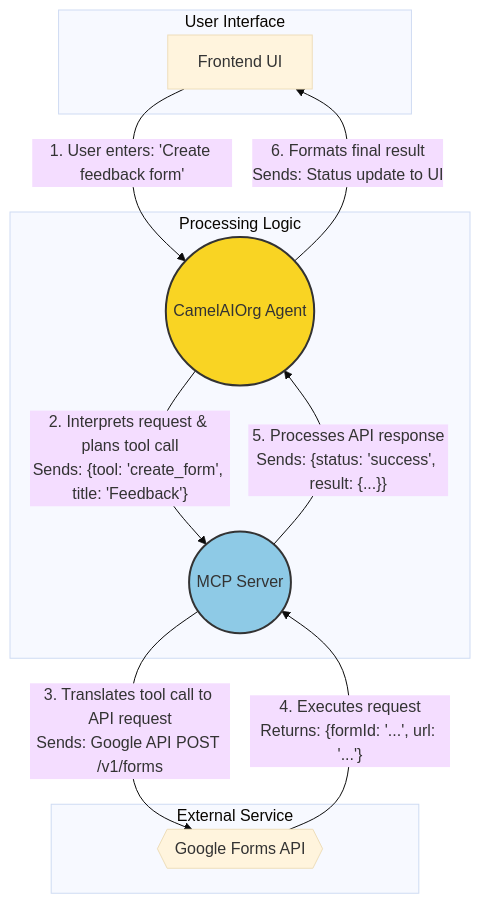
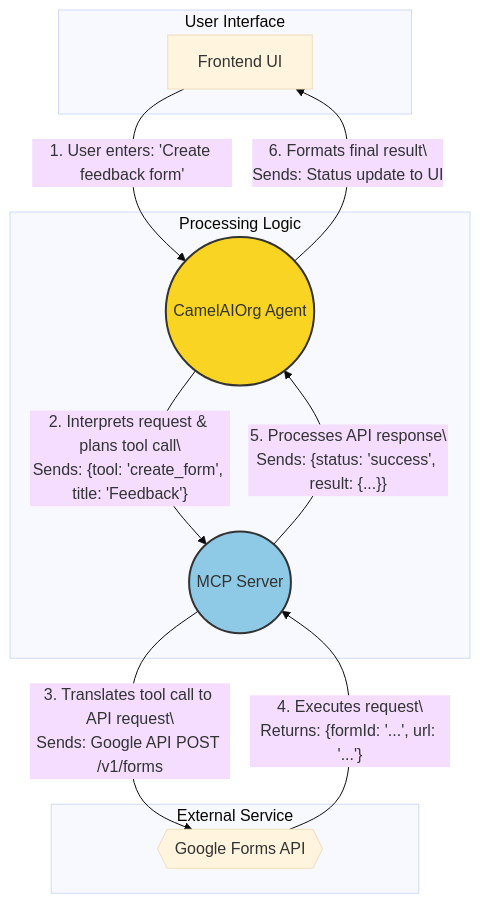
One commit to adarshp14/google-form-mcp-server changed the diagram in README.md. Above: the diagram before and after it, drawn with Mermaid (base theme).

Commit message:
Fixed markdown

````diff
--- a/README.md
+++ b/README.md
@@ -39,25 +39,25 @@
 ```mermaid
 graph TD
     subgraph "User Interface"
         A[Frontend UI]
     end
 
     subgraph "Processing Logic"
         B((CamelAIOrg Agent))
         C((MCP Server))
     end
 
     subgraph "External Service"
         D{{Google Forms API}}
     end
 
     A -- "1. User enters: 'Create feedback form'" --> B;
-    B -- "2. Interprets request & plans tool call\nSends: {tool: 'create_form', title: 'Feedback'}" --> C;
-    C -- "3. Translates tool call to API request\nSends: Google API POST /v1/forms" --> D;
-    D -- "4. Executes request\nReturns: {formId: '...', url: '...'}" --> C;
-    C -- "5. Processes API response\nSends: {status: 'success', result: {...}}" --> B;
-    B -- "6. Formats final result\nSends: Status update to UI" --> A;
+    B -- "2. Interprets request & plans tool call\\nSends: {tool: 'create_form', title: 'Feedback'}" --> C;
+    C -- "3. Translates tool call to API request\\nSends: Google API POST /v1/forms" --> D;
+    D -- "4. Executes request\\nReturns: {formId: '...', url: '...'}" --> C;
+    C -- "5. Processes API response\\nSends: {status: 'success', result: {...}}" --> B;
+    B -- "6. Formats final result\\nSends: Status update to UI" --> A;
 
     style B fill:#f9d423,stroke:#333,stroke-width:2px,color:#333
     style C fill:#8ecae6,stroke:#333,stroke-width:2px,color:#333
 ```
````
